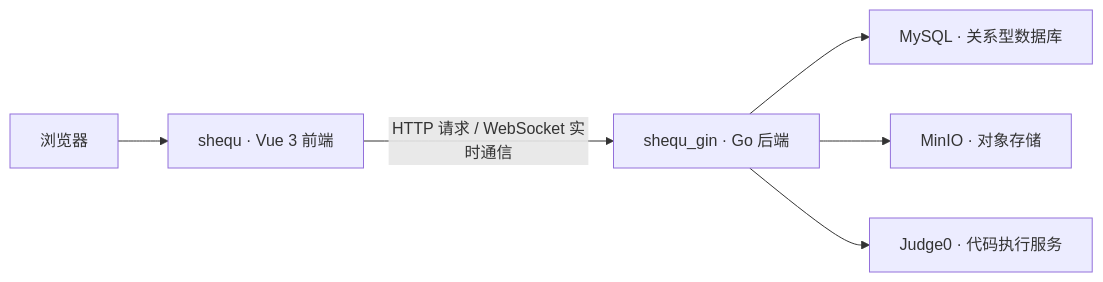
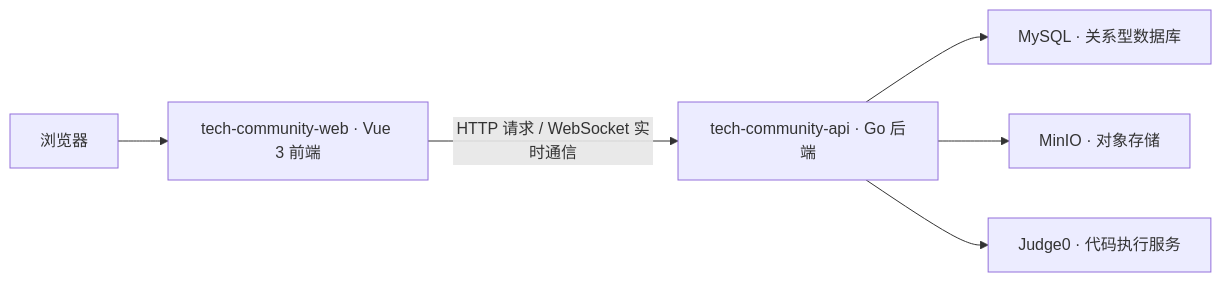
The diagram in README.md (qihai-coding/tech-community-web), drawn with Mermaid before and after one commit. The commit also changed other lines of this file and 3 other files, not shown here.

````diff
--- a/README.md
+++ b/README.md
@@ -35,8 +35,8 @@
 ```mermaid
 flowchart LR
-    Browser["浏览器"] --> Frontend["shequ · Vue 3 前端"]
-    Frontend -->|"HTTP 请求 / WebSocket 实时通信"| Backend["shequ_gin · Go 后端"]
+    Browser["浏览器"] --> Frontend["tech-community-web · Vue 3 前端"]
+    Frontend -->|"HTTP 请求 / WebSocket 实时通信"| Backend["tech-community-api · Go 后端"]
     Backend --> DB["MySQL · 关系型数据库"]
     Backend --> Storage["MinIO · 对象存储"]
     Backend --> Runner["Judge0 · 代码执行服务"]
 ```
````
